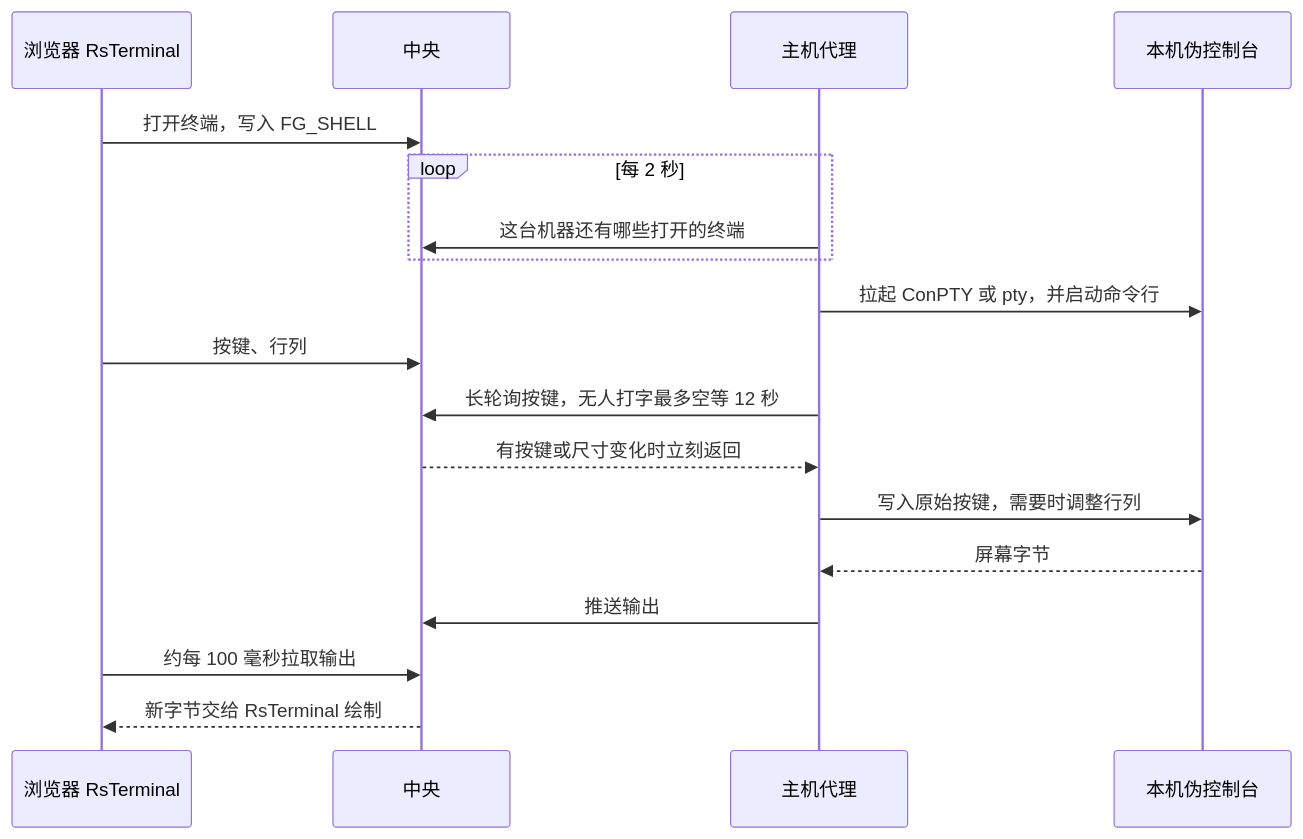
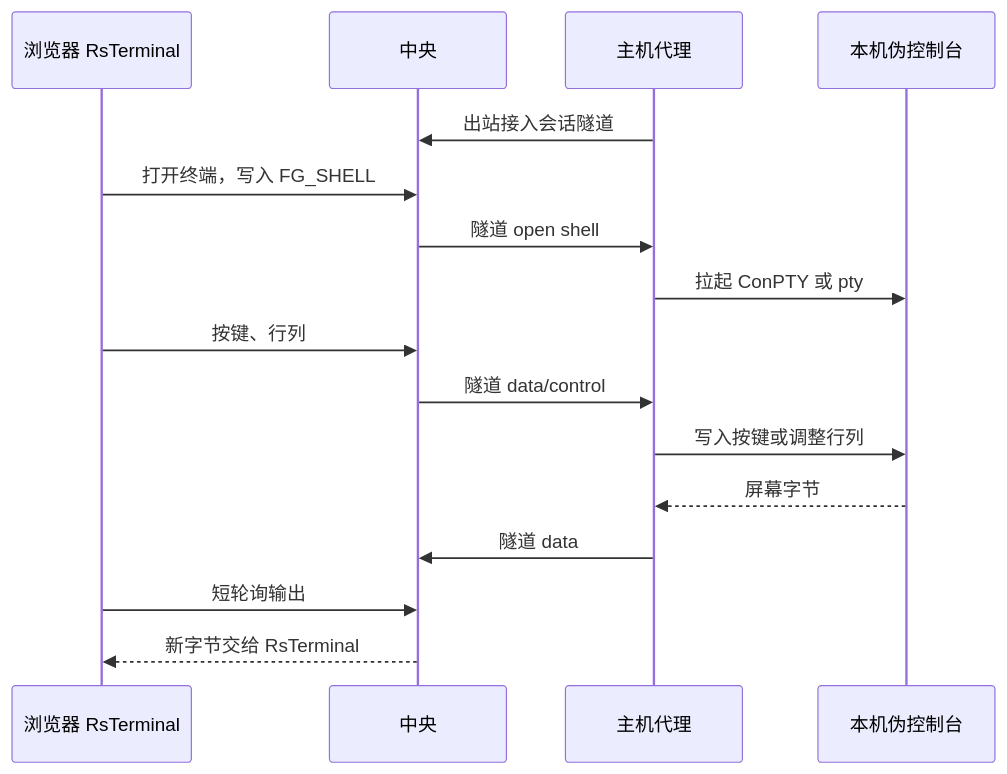
One commit to fluxsce/flux-guard changed the fourth of 4 diagrams in docs/01-architecture.md. Above: the diagram before and after it, drawn with Mermaid. The commit also changed other lines of this file and 53 other files, not shown here.

````diff
--- a/docs/01-architecture.md
+++ b/docs/01-architecture.md
@@ -146,21 +197,19 @@
 ```mermaid
 sequenceDiagram
   participant page as 浏览器 RsTerminal
   participant srv as 中央
   participant ag as 主机代理
   participant pty as 本机伪控制台
 
+  ag->>srv: 出站接入会话隧道
   page->>srv: 打开终端，写入 FG_SHELL
-  loop 每 2 秒
-    ag->>srv: 这台机器还有哪些打开的终端
-  end
-  ag->>pty: 拉起 ConPTY 或 pty，并启动命令行
+  srv->>ag: 隧道 open shell
+  ag->>pty: 拉起 ConPTY 或 pty
   page->>srv: 按键、行列
-  ag->>srv: 长轮询按键，无人打字最多空等 12 秒
-  srv-->>ag: 有按键或尺寸变化时立刻返回
-  ag->>pty: 写入原始按键，需要时调整行列
+  srv->>ag: 隧道 data/control
+  ag->>pty: 写入按键或调整行列
   pty-->>ag: 屏幕字节
-  ag->>srv: 推送输出
-  page->>srv: 约每 100 毫秒拉取输出
-  srv-->>page: 新字节交给 RsTerminal 绘制
+  ag->>srv: 隧道 data
+  page->>srv: 短轮询输出
+  srv-->>page: 新字节交给 RsTerminal
 ```
````
